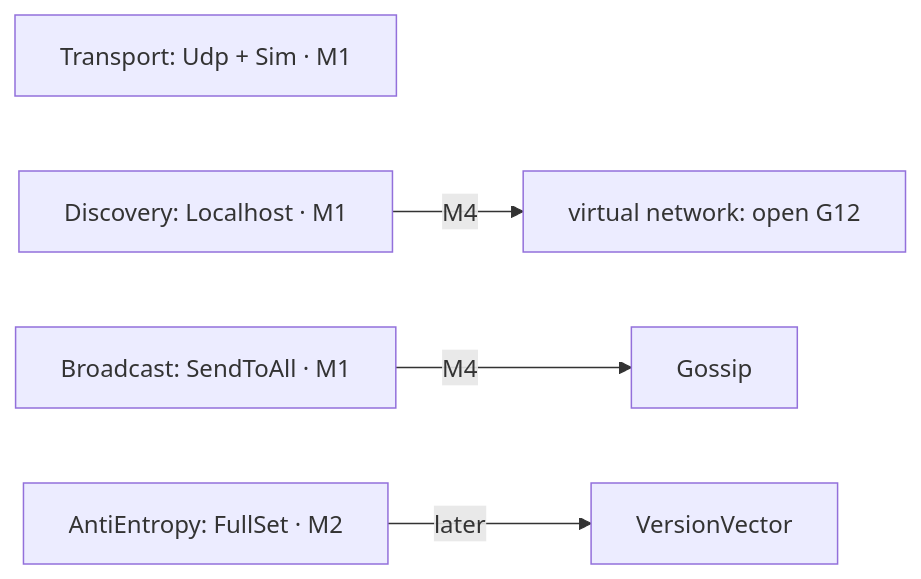
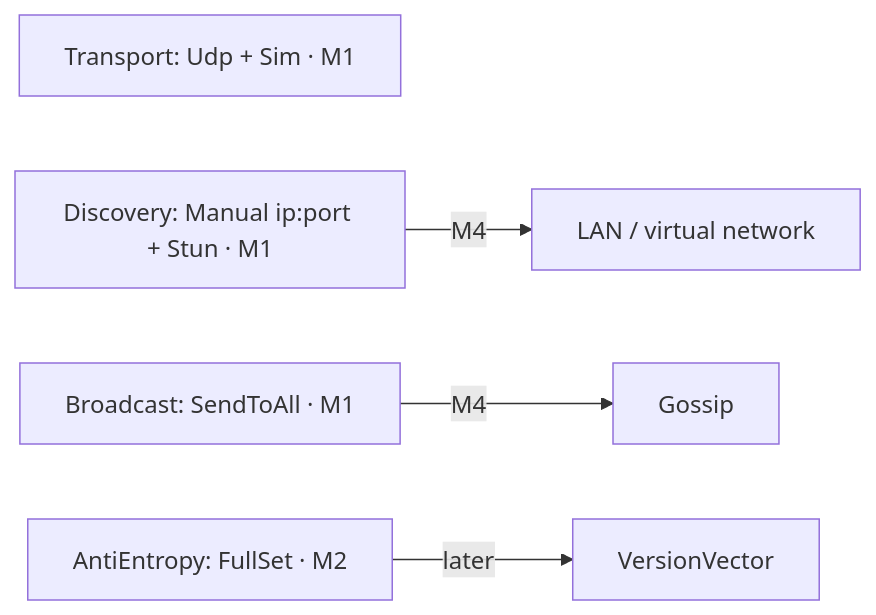
The third of 4 diagrams in docs/architecture.md (Student-Team-Projects/Most-Overkilled-Whiteboard-for-ArchLinux), drawn with Mermaid before and after one commit. The commit also changed other lines of this file and 5 other files, not shown here.

````diff
--- a/docs/architecture.md
+++ b/docs/architecture.md
@@ -54,7 +54,7 @@
 ```mermaid
 flowchart LR
     tr["Transport: Udp + Sim · M1"]
-    di0["Discovery: Localhost · M1"] -->|M4| di1["virtual network: open G12"]
+    di0["Discovery: Manual ip:port + Stun · M1"] -->|M4| di1["LAN / virtual network"]
     br0["Broadcast: SendToAll · M1"] -->|M4| br1["Gossip"]
     ae0["AntiEntropy: FullSet · M2"] -->|later| ae1["VersionVector"]
 ```
````
